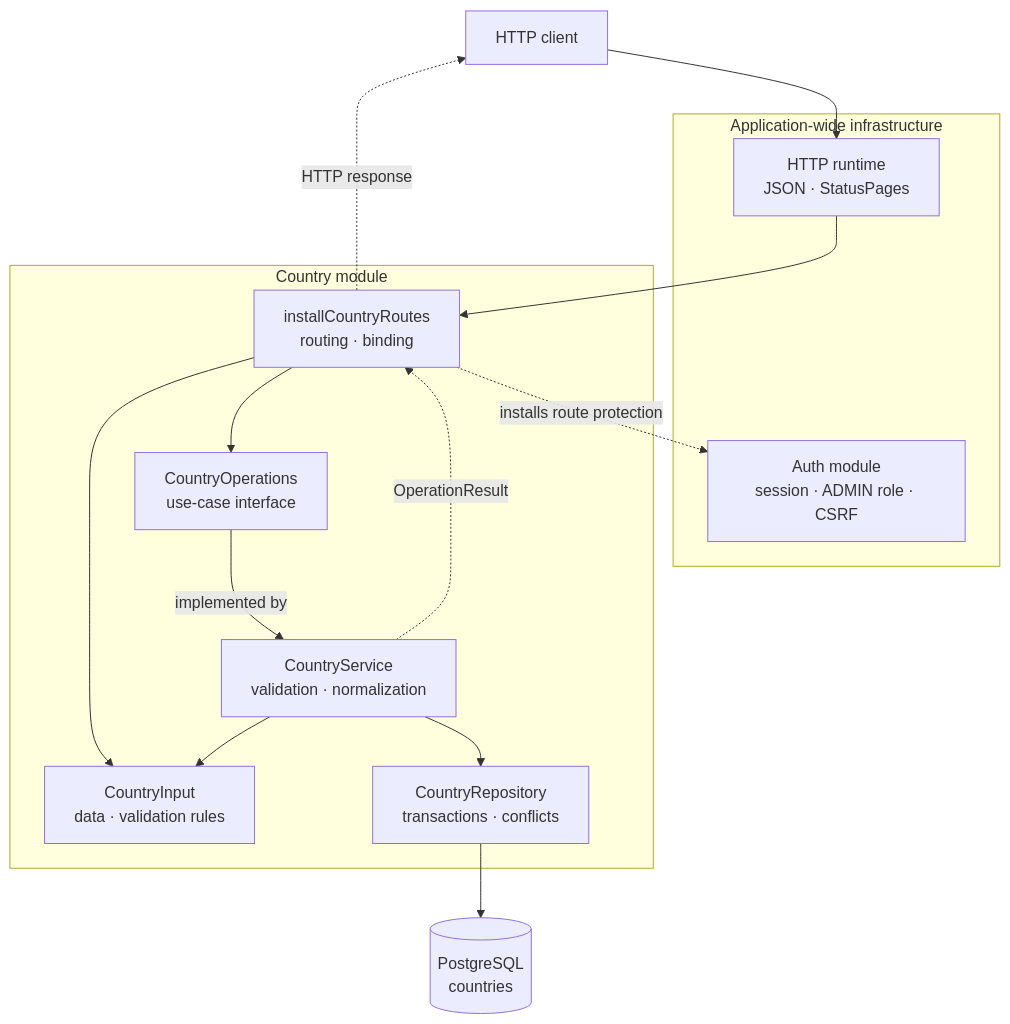
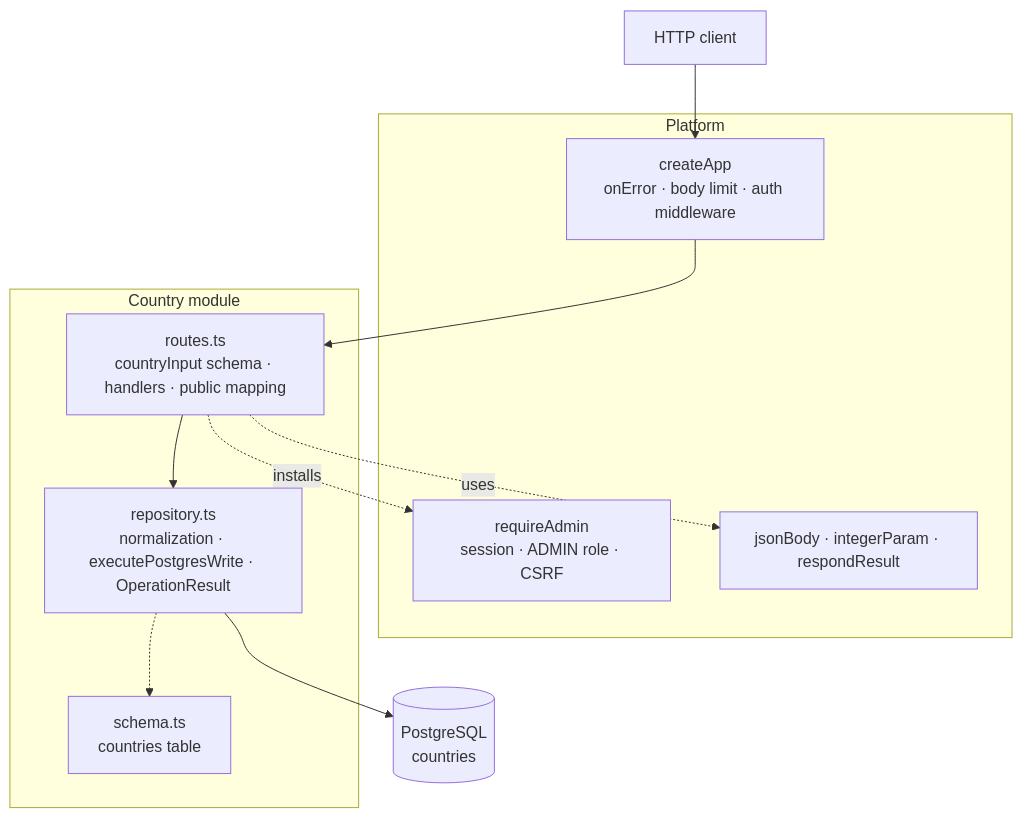
One commit to bitstorm-tech/voenix-shop-kotlin changed the diagram in docs/dev/backend/packages/country-package.md. Above: the diagram before and after it, drawn with Mermaid. The commit also changed other lines of this file and 1061 other files, not shown here.

````diff
--- a/docs/dev/backend/packages/country-package.md
+++ b/docs/dev/backend/packages/country-package.md
@@ -28,31 +23,26 @@
 ```mermaid
 flowchart TB
     Client["HTTP client"]
 
-    subgraph Shared["Application-wide infrastructure"]
-        Http["HTTP runtime<br/>JSON · StatusPages"]
-        Auth["Auth module<br/>session · ADMIN role · CSRF"]
+    subgraph Platform["Platform"]
+        App["createApp<br/>onError · body limit · auth middleware"]
+        Auth["requireAdmin<br/>session · ADMIN role · CSRF"]
+        Respond["jsonBody · integerParam · respondResult"]
     end
 
     subgraph Country["Country module"]
-        Routes["installCountryRoutes<br/>routing · binding"]
-        Input["CountryInput<br/>data · validation rules"]
-        Operations["CountryOperations<br/>use-case interface"]
-        Service["CountryService<br/>validation · normalization"]
-        Repository["CountryRepository<br/>transactions · conflicts"]
+        Routes["routes.ts<br/>countryInput schema · handlers · public mapping"]
+        Repository["repository.ts<br/>normalization · executePostgresWrite · OperationResult"]
+        Schema["schema.ts<br/>countries table"]
     end
 
     Database[("PostgreSQL<br/>countries")]
 
-    Client --> Http
-    Http --> Routes
-    Routes -.->|"installs route protection"| Auth
-    Routes --> Input
-    Routes --> Operations
-    Operations -->|"implemented by"| Service
-    Service --> Input
-    Service --> Repository
+    Client --> App
+    App --> Routes
+    Routes -.->|"installs"| Auth
+    Routes -.->|"uses"| Respond
+    Routes --> Repository
     Repository --> Database
-    Service -.->|"OperationResult"| Routes
-    Routes -.->|"HTTP response"| Client
+    Repository -.-> Schema
 ```
````
